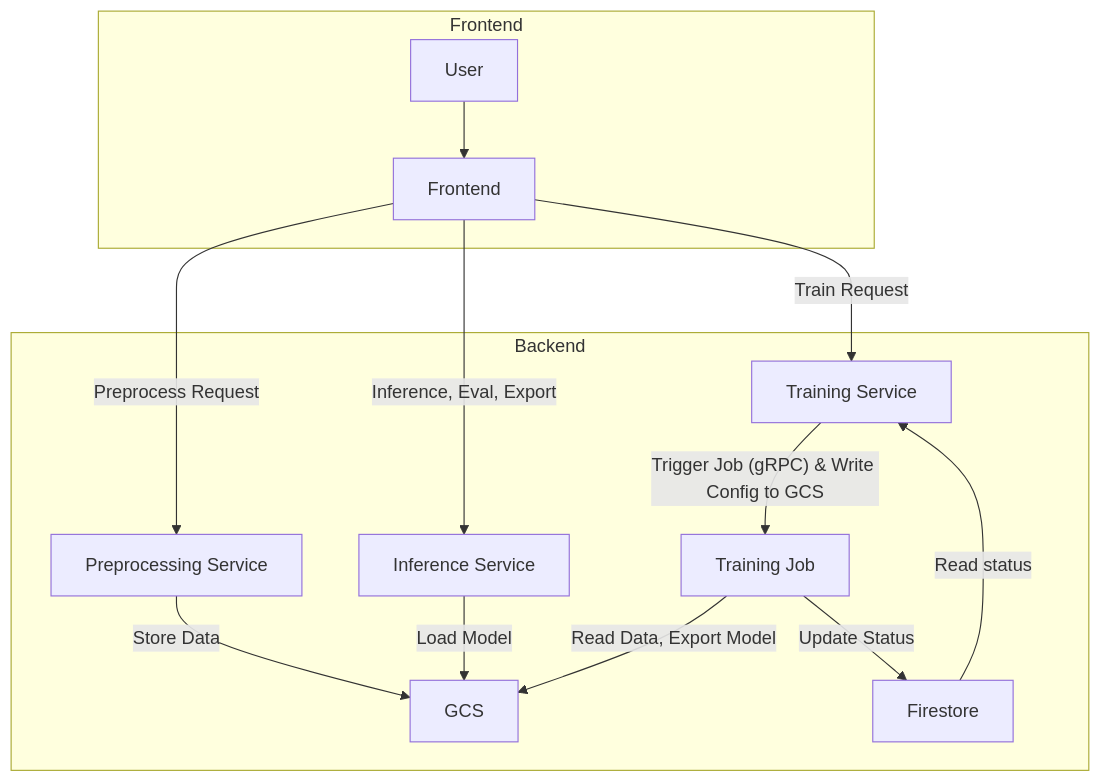
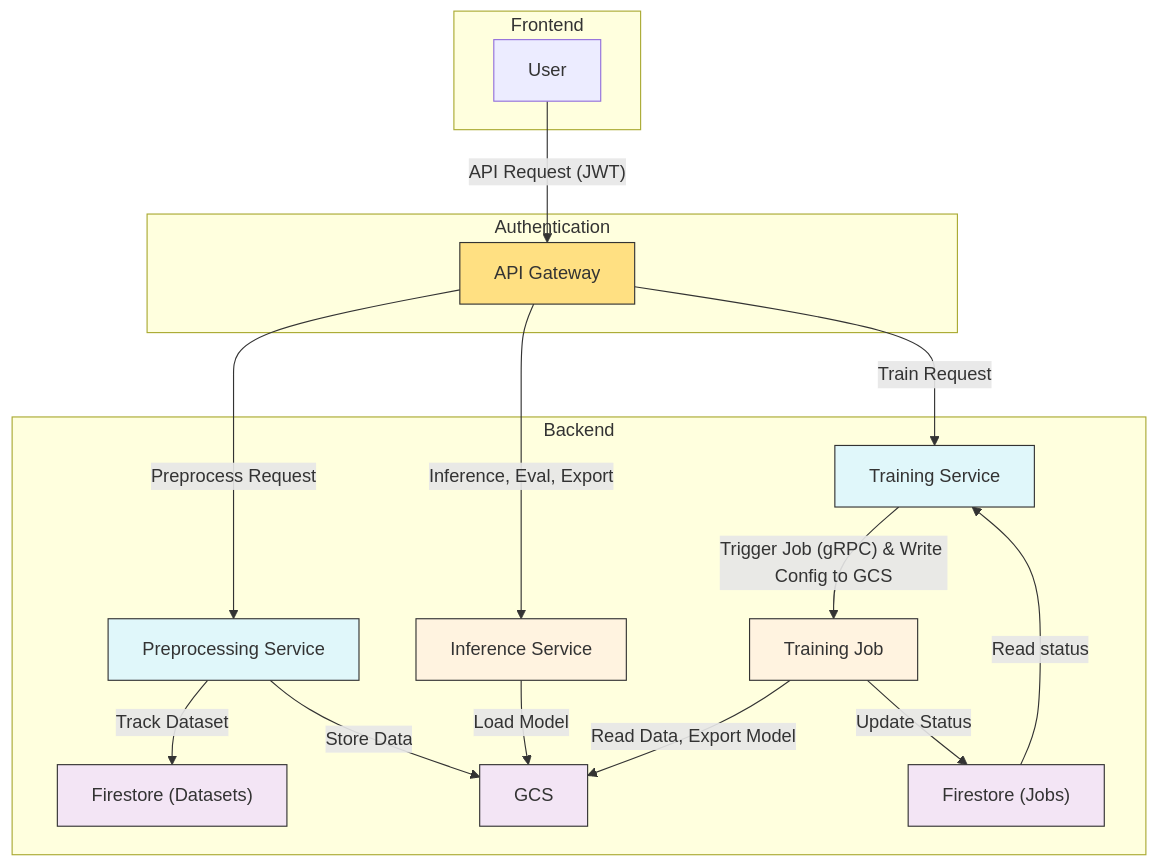
Before and after one commit to gemma-fine-tuning/services: the diagram in README.md, drawn with Mermaid. The commit also changed other lines of this file and 6 other files, not shown here.

Commit message:
fix: dataset metadata attrib in firestore

````diff
--- a/README.md
+++ b/README.md
@@ -28,22 +26,33 @@
 ```mermaid
 graph TD
-    subgraph Frontend
-        A["User"] --> B["Frontend"]
+subgraph Frontend
+B["User"]
+end
+
+    subgraph Authentication
+        B -- "API Request (JWT)" --> X["API Gateway"]
     end
 
     subgraph Backend
-        B -- "Preprocess Request" --> C["Preprocessing Service"]
+        X -- "Preprocess Request" --> C["Preprocessing Service"]
+        C -- "Track Dataset" --> F1["Firestore (Datasets)"]
         C -- "Store Data" --> H["GCS"]
-        B -- "Inference, Eval, Export" --> G["Inference Service"]
-        B -- "Train Request" --> D["Training Service"]
+        X -- "Inference, Eval, Export" --> G["Inference Service"]
+        X -- "Train Request" --> D["Training Service"]
         D -- "Trigger Job (gRPC) & Write Config to GCS" --> E["Training Job"]
         E -- "Read Data, Export Model" --> H
-        E -- "Update Status" --> F["Firestore"]
-        F -- "Read status" --> D
+        E -- "Update Status" --> F2["Firestore (Jobs)"]
+        F2 -- "Read status" --> D
         G -- "Load Model" --> H
     end
 
-    class C,D,G service;
-    class E job;
-    class F,H storage;
+    classDef cpu fill:#e0f7fa,stroke:#333,stroke-width:1px;
+    classDef gpu fill:#fff3e0,stroke:#333,stroke-width:1px;
+    classDef storage fill:#f3e5f5,stroke:#333,stroke-width:1px;
+    classDef gateway fill:#ffe082,stroke:#333,stroke-width:1px;
+
+    class C,D cpu;
+    class G,E gpu;
+    class F1,F2,H storage;
+    class X gateway;
 ```
````
